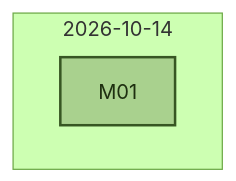
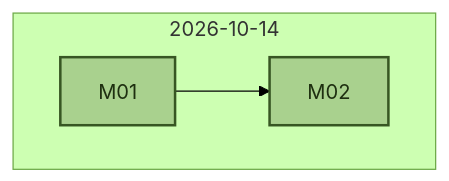
Before and after one commit to BinarySimple17/abap_bench_internal: the diagram in docs/sessions.md, drawn with Mermaid (forest theme). The commit also changed other lines of this file and 6 other files, not shown here.

````diff
--- a/docs/sessions.md
+++ b/docs/sessions.md
@@ -25,10 +25,10 @@
 ```mermaid
 flowchart TB
     subgraph d1014 ["2026-10-14"]
         direction LR
-        M01
+        M01 --> M02
     end
 d1014
     classDef common fill:#a9d18e,stroke:#375623,color:#1e2f10,stroke-width:2px
-    class M01 common
+    class M01,M02 common
 ```
````
